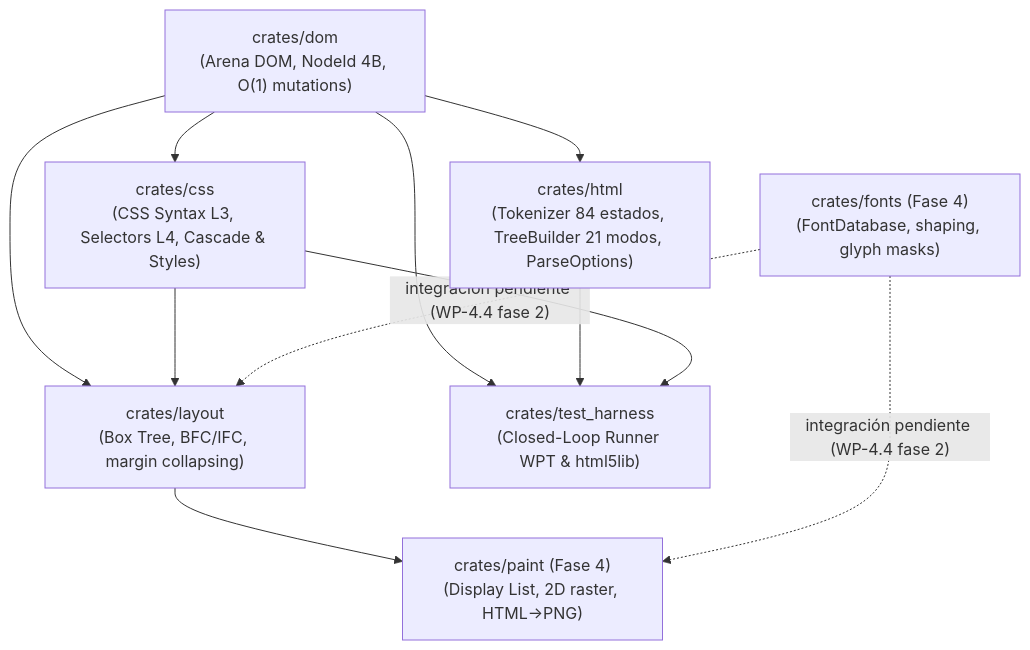
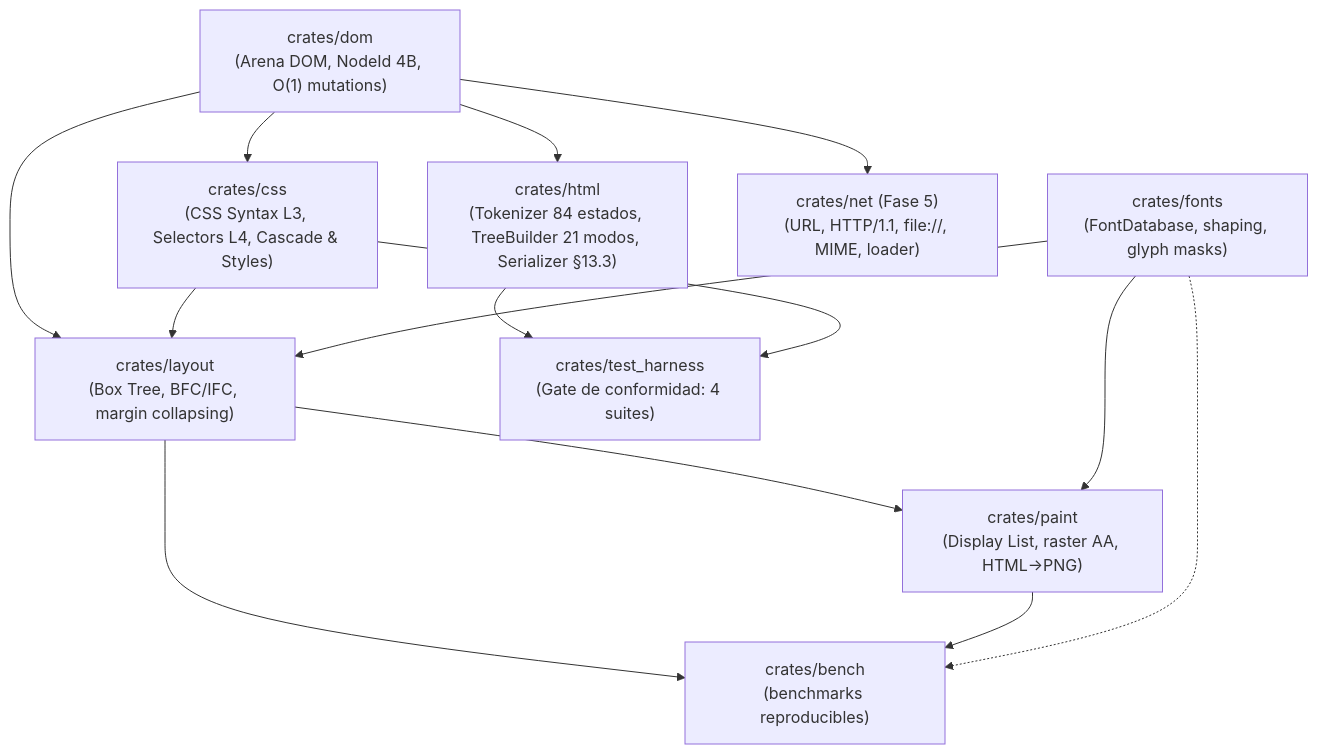
One commit to juanpimg/Megi changed the diagram in README.md. Above: the diagram before and after it, drawn with Mermaid. The commit also changed other lines of this file and 8 other files, not shown here.

````diff
--- a/README.md
+++ b/README.md
@@ -52,21 +61,26 @@
 ```mermaid
 graph TD
     dom["crates/dom<br/>(Arena DOM, NodeId 4B, O(1) mutations)"]
-    html["crates/html<br/>(Tokenizer 84 estados, TreeBuilder 21 modos, ParseOptions)"]
+    html["crates/html<br/>(Tokenizer 84 estados, TreeBuilder 21 modos, Serializer §13.3)"]
     css["crates/css<br/>(CSS Syntax L3, Selectors L4, Cascade & Styles)"]
     layout["crates/layout<br/>(Box Tree, BFC/IFC, margin collapsing)"]
-    fonts["crates/fonts (Fase 4)<br/>(FontDatabase, shaping, glyph masks)"]
-    paint["crates/paint (Fase 4)<br/>(Display List, 2D raster, HTML→PNG)"]
-    test_harness["crates/test_harness<br/>(Closed-Loop Runner WPT & html5lib)"]
+    fonts["crates/fonts<br/>(FontDatabase, shaping, glyph masks)"]
+    paint["crates/paint<br/>(Display List, raster AA, HTML→PNG)"]
+    net["crates/net (Fase 5)<br/>(URL, HTTP/1.1, file://, MIME, loader)"]
+    bench["crates/bench<br/>(benchmarks reproducibles)"]
+    test_harness["crates/test_harness<br/>(Gate de conformidad: 4 suites)"]
 
     dom --> html
     dom --> css
     dom --> layout
     css --> layout
     layout --> paint
-    fonts -.->|"integración pendiente (WP-4.4 fase 2)"| layout
-    fonts -.->|"integración pendiente (WP-4.4 fase 2)"| paint
-    dom --> test_harness
+    fonts --> layout
+    fonts --> paint
+    dom --> net
     html --> test_harness
     css --> test_harness
+    layout --> bench
+    paint --> bench
+    fonts -.-> bench
 ```
````
